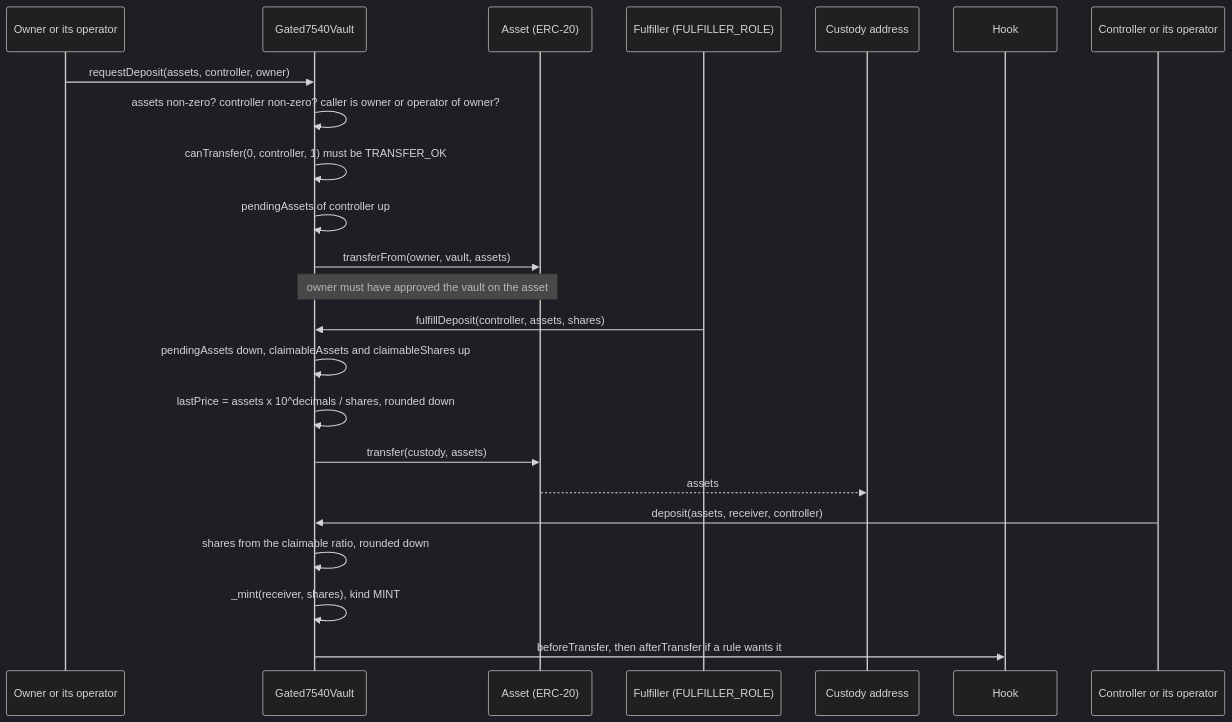
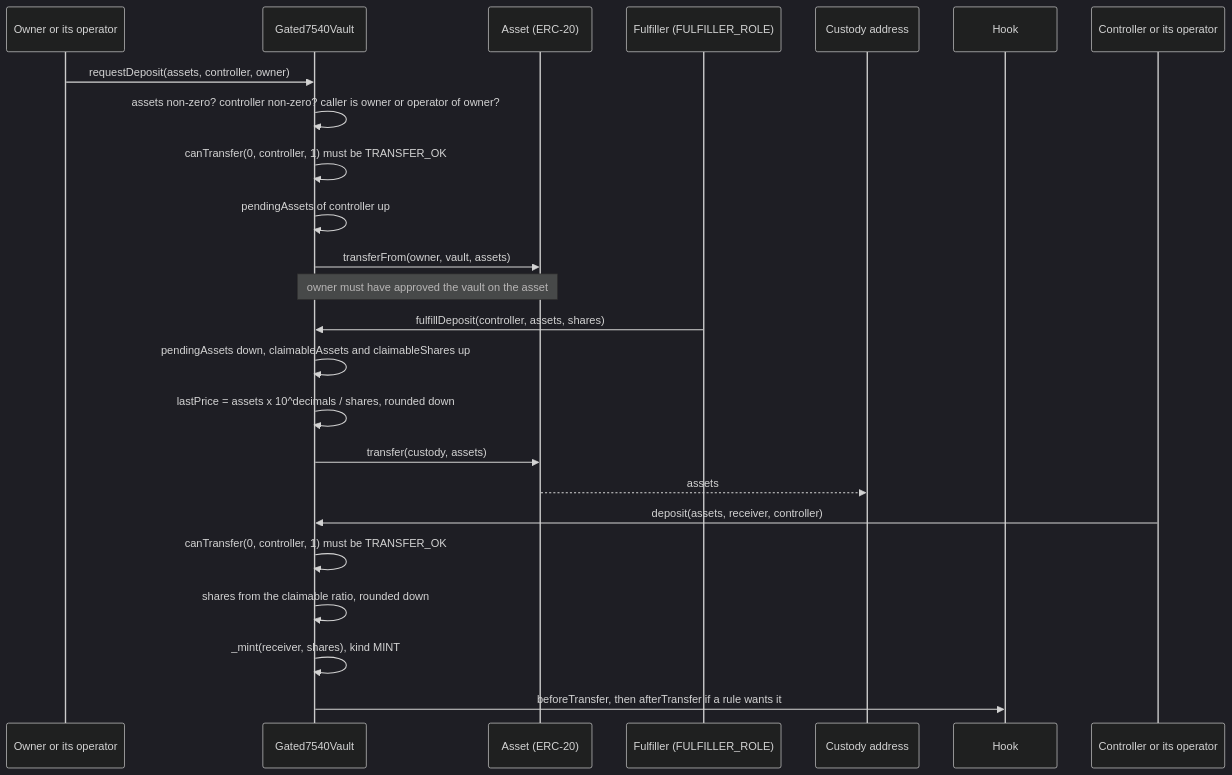
Before and after one commit to fepvenancio/rwa-token: the third of 6 diagrams in docs/flows-vaults.md, drawn with Mermaid (dark theme). The commit also changed other lines of this file and 7 other files, not shown here.

````diff
--- a/docs/flows-vaults.md
+++ b/docs/flows-vaults.md
@@ -94,28 +94,29 @@
 ```mermaid
 sequenceDiagram
   participant O as Owner or its operator
   participant V as Gated7540Vault
   participant A as Asset (ERC-20)
   participant F as Fulfiller (FULFILLER_ROLE)
   participant C as Custody address
   participant H as Hook
   participant K as Controller or its operator
 
   O->>V: requestDeposit(assets, controller, owner)
   V->>V: assets non-zero? controller non-zero? caller is owner or operator of owner?
   V->>V: canTransfer(0, controller, 1) must be TRANSFER_OK
   V->>V: pendingAssets of controller up
   V->>A: transferFrom(owner, vault, assets)
   Note over V,A: owner must have approved the vault on the asset
 
   F->>V: fulfillDeposit(controller, assets, shares)
   V->>V: pendingAssets down, claimableAssets and claimableShares up
   V->>V: lastPrice = assets x 10^decimals / shares, rounded down
   V->>A: transfer(custody, assets)
   A-->>C: assets
 
   K->>V: deposit(assets, receiver, controller)
+  V->>V: canTransfer(0, controller, 1) must be TRANSFER_OK
   V->>V: shares from the claimable ratio, rounded down
   V->>V: _mint(receiver, shares), kind MINT
   V->>H: beforeTransfer, then afterTransfer if a rule wants it
 ```
````
